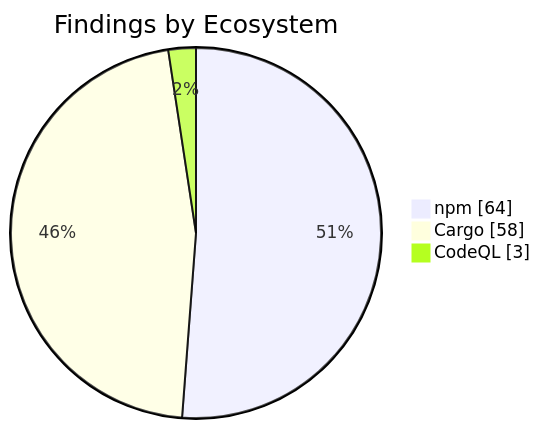
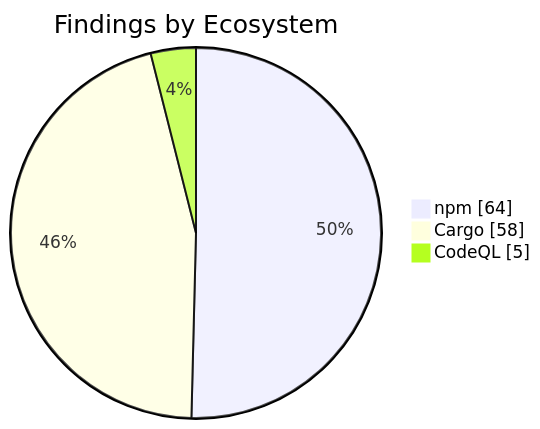
One commit to KBVE/kbve changed the second of 2 diagrams in apps/kbve/astro-kbve/src/content/docs/dashboard/security.mdx. Above: the diagram before and after it, drawn with Mermaid. The commit also changed other lines of this file and 8 other files, not shown here.

````diff
--- a/apps/kbve/astro-kbve/src/content/docs/dashboard/security.mdx
+++ b/apps/kbve/astro-kbve/src/content/docs/dashboard/security.mdx
@@ -73,7 +73,7 @@
 ```mermaid
 pie showData
     title Findings by Ecosystem
     "npm" : 64
     "Cargo" : 58
-    "CodeQL" : 3
+    "CodeQL" : 5
 ```
````
